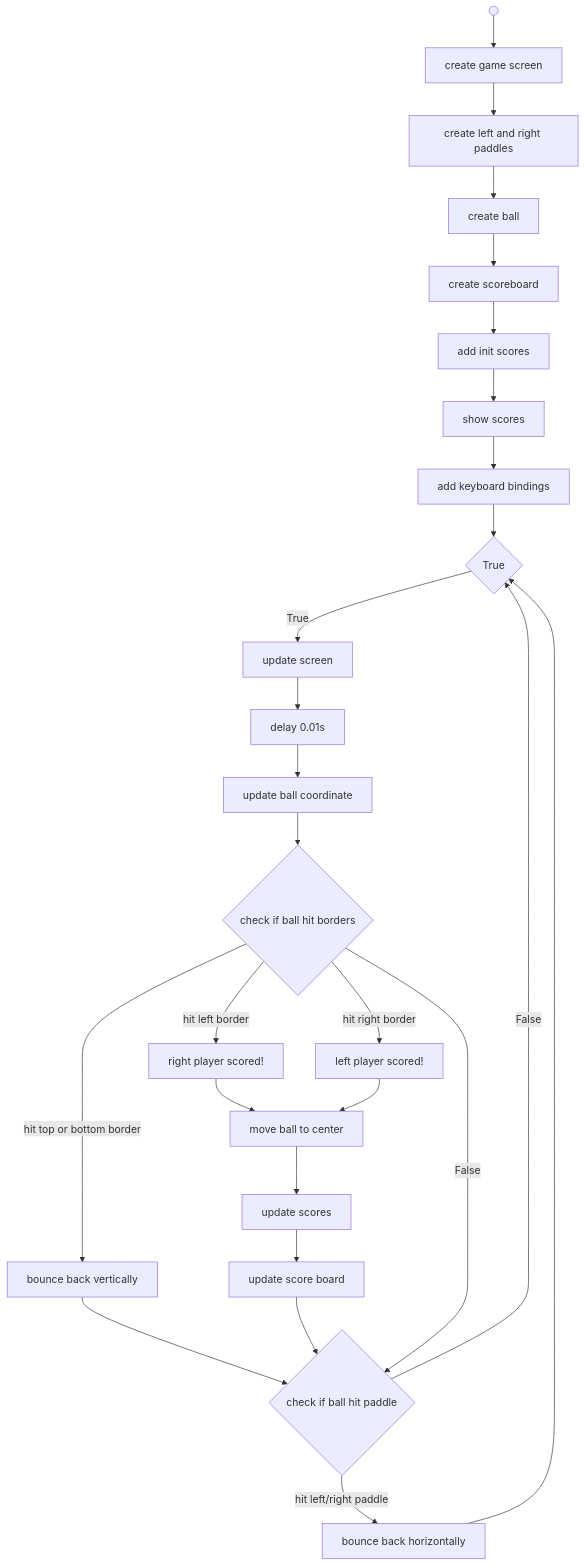
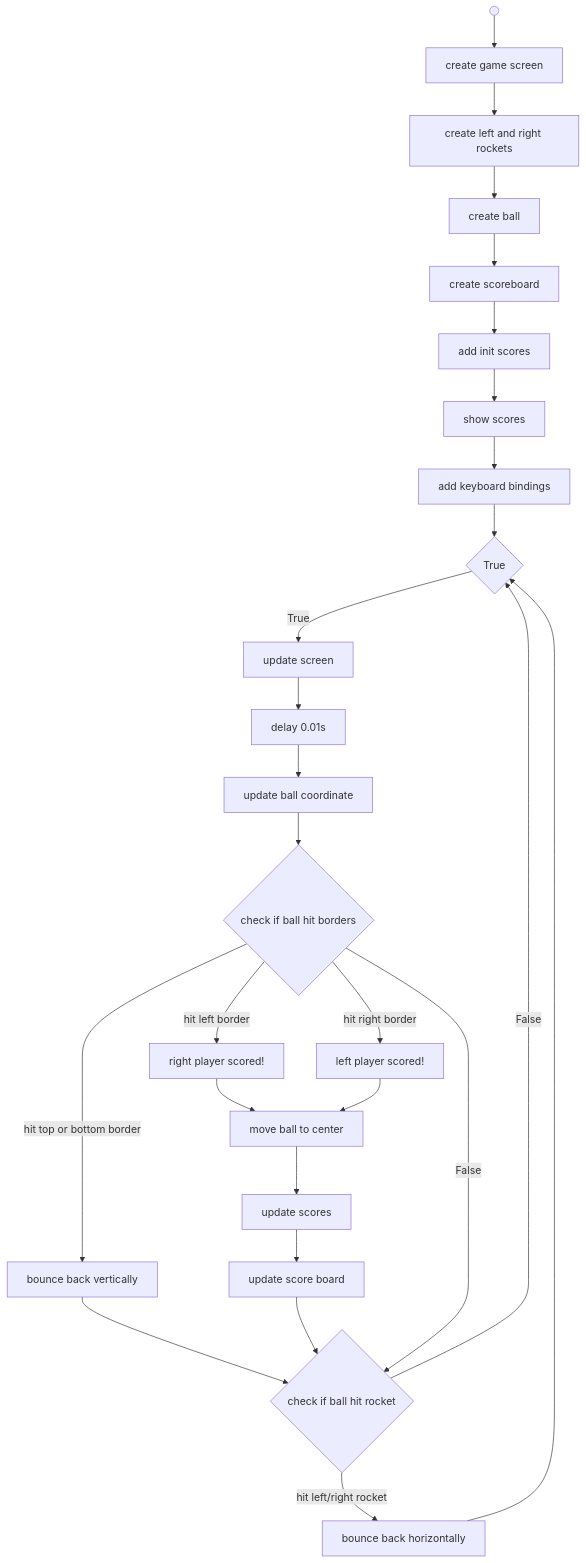
One commit to hayyaun/kids changed the diagram in projects/padel-game/README.md. Above: the diagram before and after it, drawn with Mermaid. The commit also changed 6 other files, not shown here.

````diff
--- a/projects/padel-game/README.md
+++ b/projects/padel-game/README.md
@@ -5,40 +5,40 @@
 ```mermaid
 flowchart TD
     n1["Untitled Node"] --> n2["create game screen"]
-    n2 --> n4["create left and right paddles"]
+    n2 --> n4["create left and right rockets"]
     n4 --> n3["create ball<br>"]
     n3 --> n5["create scoreboard"]
     n5 --> n6["add init scores"]
     n6 --> n7["show scores"]
     n7 --> n8["add keyboard bindings"]
     n8 --> n9["True"]
     n9 -- True --> n10["update screen"]
     n10 --> n11["delay 0.01s"]
     n11 --> n12["update ball coordinate"]
     n12 --> n13["check if ball hit borders"]
     n13 -- hit right border --> n17["left player scored!"]
     n13 -- hit top or bottom border --> n15["bounce back vertically"]
     n13 -- hit left border --> n16["right player scored!"]
     n16 --> n19["move ball to center"]
     n17 --> n19
-    n14["check if ball hit paddle"] -- hit left/right paddle --> n18["bounce back horizontally"]
+    n14["check if ball hit rocket"] -- hit left/right rocket --> n18["bounce back horizontally"]
     n19 --> n20["update scores"]
     n15 --> n14
     n20 --> n21["update score board"]
     n21 --> n14
     n18 --> n9
     n14 -- False --> n9
     n13 -- False --> n14
 
     n1@{ shape: start}
     n2@{ shape: proc}
     n4@{ shape: proc}
     n3@{ shape: proc}
     n5@{ shape: proc}
     n6@{ shape: proc}
     n7@{ shape: proc}
     n8@{ shape: proc}
     n9@{ shape: decision}
     n13@{ shape: decision}
     n14@{ shape: decision}
 ```
````
